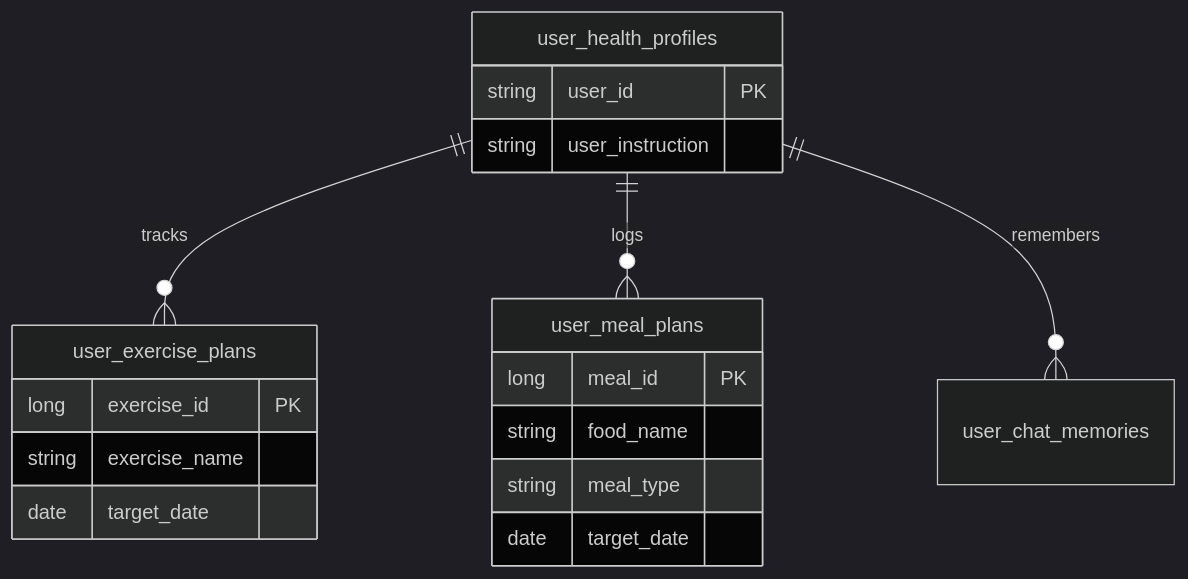
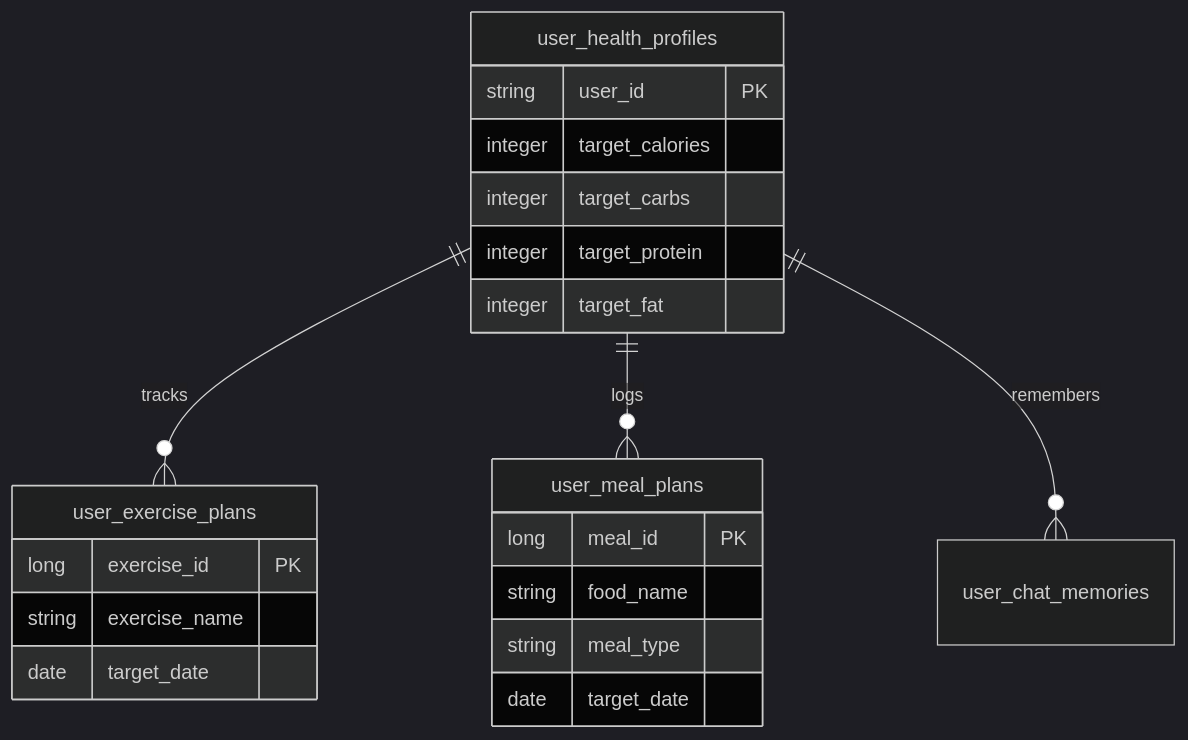
Before and after one commit to WinLike-dev/capstone_2team: the diagram in docs/paper/DATABASE_schema.md, drawn with Mermaid (dark theme). The commit also changed other lines of this file and 3 other files, not shown here.

````diff
--- a/docs/paper/DATABASE_schema.md
+++ b/docs/paper/DATABASE_schema.md
@@ -72,24 +75,27 @@
 ```mermaid
 erDiagram
     user_health_profiles ||--o{ user_exercise_plans : "tracks"
     user_health_profiles ||--o{ user_meal_plans : "logs"
     user_health_profiles ||--o{ user_chat_memories : "remembers"
     
     user_health_profiles {
         string user_id PK
-        string user_instruction
+        integer target_calories
+        integer target_carbs
+        integer target_protein
+        integer target_fat
     }
     
     user_exercise_plans {
         long exercise_id PK
         string exercise_name
         date target_date
     }
     
     user_meal_plans {
         long meal_id PK
         string food_name
         string meal_type
         date target_date
     }
 ```
````
